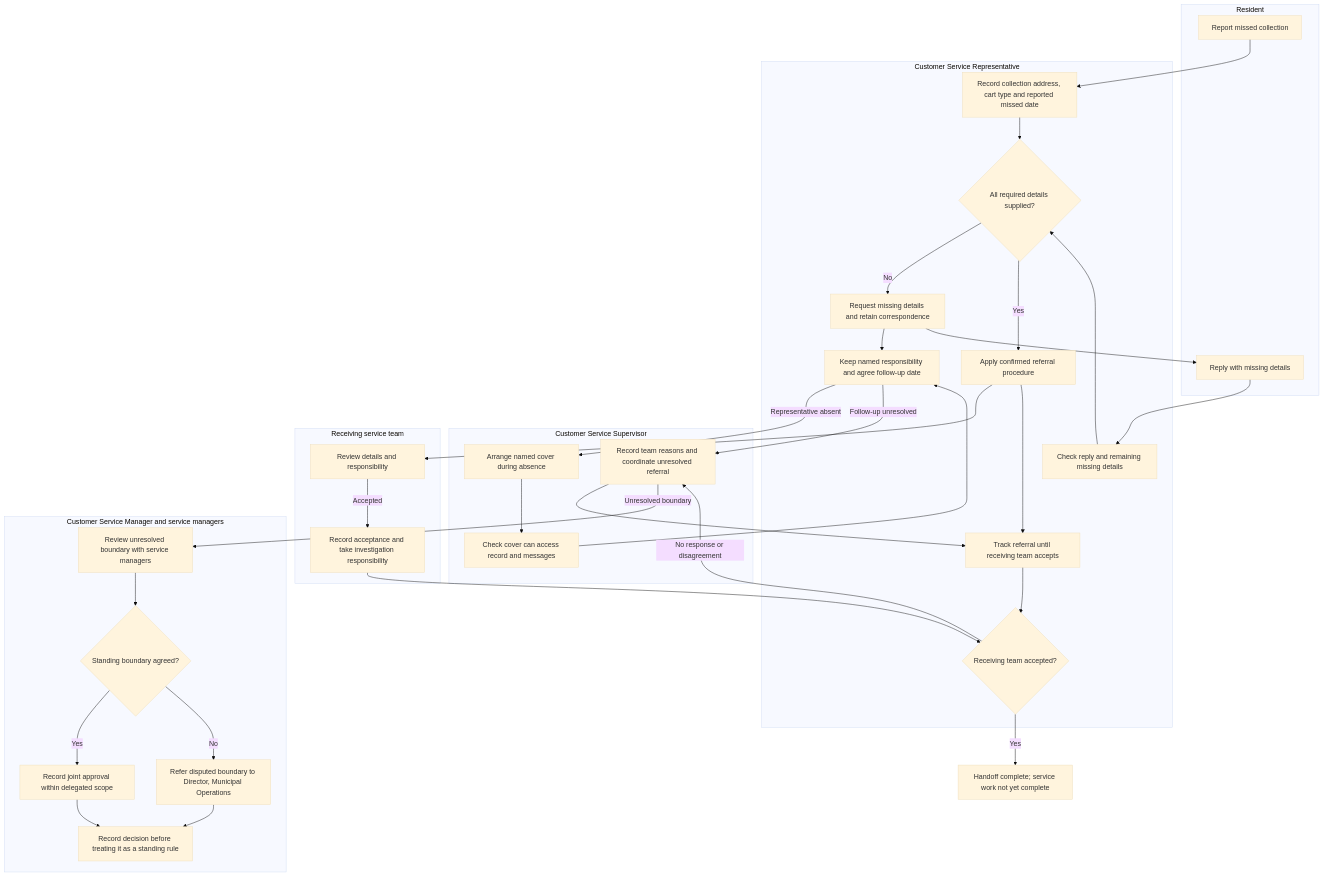
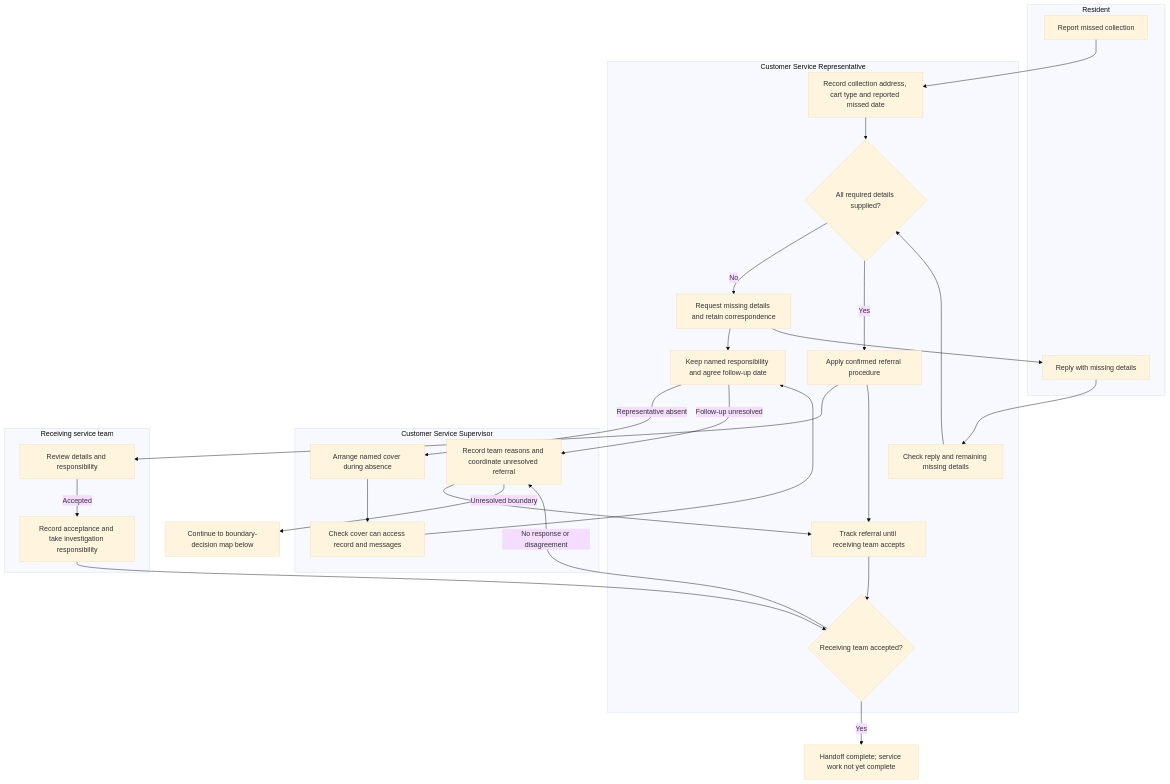
The second of 3 diagrams in docs/03-current-state/process-maps.md (kkrishnan937/ai-enquiry-routing-assessment), drawn with Mermaid (base theme) before and after one commit. The commit also changed other lines of this file and 6 other files, not shown here.

````diff
--- a/docs/03-current-state/process-maps.md
+++ b/docs/03-current-state/process-maps.md
@@ -55,46 +57,37 @@
 ```mermaid
 flowchart TD
     subgraph Resident[Resident]
         A[Report missed collection]
         E[Reply with missing details]
     end
     subgraph Rep[Customer Service Representative]
         B[Record collection address, cart type and reported missed date]
         C{All required details supplied?}
         D[Request missing details and retain correspondence]
         F[Keep named responsibility and agree follow-up date]
         G[Check reply and remaining missing details]
         H[Apply confirmed referral procedure]
         I[Track referral until receiving team accepts]
         J{Receiving team accepted?}
     end
     subgraph Supervisor[Customer Service Supervisor]
         K[Arrange named cover during absence]
         L[Check cover can access record and messages]
         M[Record team reasons and coordinate unresolved referral]
     end
     subgraph Team[Receiving service team]
         N[Review details and responsibility]
         O[Record acceptance and take investigation responsibility]
     end
-    subgraph Managers[Customer Service Manager and service managers]
-        P[Review unresolved boundary with service managers]
-        Q{Standing boundary agreed?}
-        R[Record joint approval within delegated scope]
-        S[Refer disputed boundary to Director, Municipal Operations]
-        T[Record decision before treating it as a standing rule]
-    end
     A --> B --> C
     C -->|No| D --> F
     D --> E --> G --> C
     F -->|Representative absent| K --> L --> F
     F -->|Follow-up unresolved| M
     C -->|Yes| H --> N
     H --> I --> J
     N -->|Accepted| O --> J
     J -->|Yes| U[Handoff complete; service work not yet complete]
     J -->|No response or disagreement| M --> I
-    M -->|Unresolved boundary| P --> Q
-    Q -->|Yes| R --> T
-    Q -->|No| S --> T
+    M -->|Unresolved boundary| X[Continue to boundary-decision map below]
 ```
````
